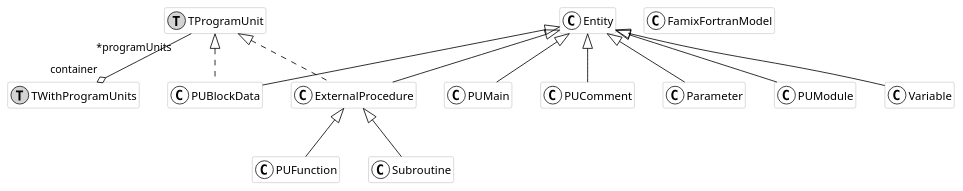
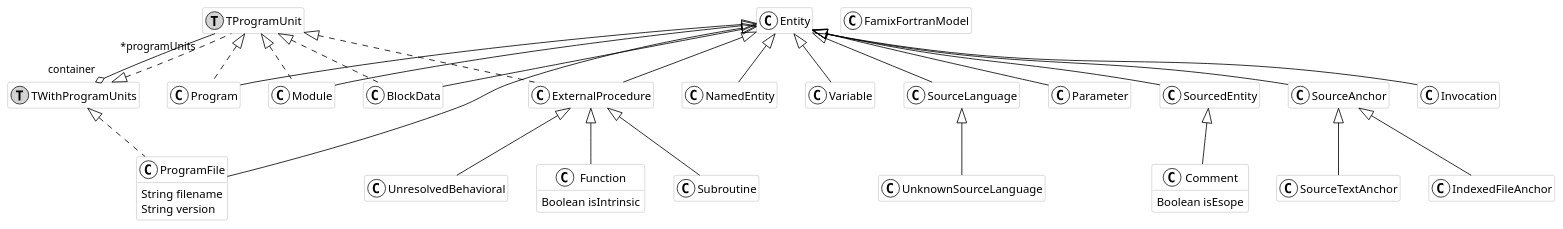
The diagram in src/famixMetamodelUML.puml (uNouss/FamixFortranUML), drawn with PlantUML before and after one commit.

```diff
--- a/src/famixMetamodelUML.puml
+++ b/src/famixMetamodelUML.puml
@@ -1,55 +1,92 @@
 @startuml
 hide empty members
-
 skinparam class {
   BackgroundColor white
   ArrowColor black
   BorderColor darkGray
   BackgroundColor<<External>> LightYellow
   BorderColor<<External>> LightGray
 }
 
-class PUComment << (C,white) >> #FFFFFF {
-}
-class FamixFortranModel << (C,white) >> #FFFFFF {
-}
-class PUFunction << (C,white) >> #FFFFFF {
+class Program << (C,white) >> #FFFFFF {
 }
 class TWithProgramUnits << (T,lightGrey) >> #FFFFFF {
 }
+class UnknownSourceLanguage << (C,white) >> #FFFFFF {
+}
+class Function << (C,white) >> #FFFFFF {
+  Boolean isIntrinsic
+}
+class Invocation << (C,white) >> #FFFFFF {
+}
 class Subroutine << (C,white) >> #FFFFFF {
+}
+class ProgramFile << (C,white) >> #FFFFFF {
+  String filename
+  String version
+}
+class NamedEntity << (C,white) >> #FFFFFF {
+}
+class Module << (C,white) >> #FFFFFF {
+}
+class Variable << (C,white) >> #FFFFFF {
+}
+class BlockData << (C,white) >> #FFFFFF {
+}
+class UnresolvedBehavioral << (C,white) >> #FFFFFF {
+}
+class IndexedFileAnchor << (C,white) >> #FFFFFF {
+}
+class SourceLanguage << (C,white) >> #FFFFFF {
+}
+class ExternalProcedure << (C,white) >> #FFFFFF {
+}
+class SourcedEntity << (C,white) >> #FFFFFF {
+}
+class Comment << (C,white) >> #FFFFFF {
+  Boolean isEsope
 }
 class TProgramUnit << (T,lightGrey) >> #FFFFFF {
 }
 class Parameter << (C,white) >> #FFFFFF {
 }
-class PUBlockData << (C,white) >> #FFFFFF {
-}
-class PUModule << (C,white) >> #FFFFFF {
-}
-class Variable << (C,white) >> #FFFFFF {
-}
 class Entity << (C,white) >> #FFFFFF {
 }
-class ExternalProcedure << (C,white) >> #FFFFFF {
+class SourceAnchor << (C,white) >> #FFFFFF {
 }
-class PUMain << (C,white) >> #FFFFFF {
+class SourceTextAnchor << (C,white) >> #FFFFFF {
+}
+class FamixFortranModel << (C,white) >> #FFFFFF {
 }
 
-Entity <|-- PUComment
-ExternalProcedure <|-- PUFunction
+Entity <|-- Program
+TProgramUnit <|.. Program
+SourceLanguage <|-- UnknownSourceLanguage
+ExternalProcedure <|-- Function
+Entity <|-- Invocation
 ExternalProcedure <|-- Subroutine
-Entity <|-- Parameter
-Entity <|-- PUBlockData
-TProgramUnit <|.. PUBlockData
-Entity <|-- PUModule
+Entity <|-- ProgramFile
+TWithProgramUnits <|.. ProgramFile
+Entity <|-- NamedEntity
+Entity <|-- Module
+TProgramUnit <|.. Module
 Entity <|-- Variable
+Entity <|-- BlockData
+TProgramUnit <|.. BlockData
+ExternalProcedure <|-- UnresolvedBehavioral
+SourceAnchor <|-- IndexedFileAnchor
+Entity <|-- SourceLanguage
 Entity <|-- ExternalProcedure
 TProgramUnit <|.. ExternalProcedure
-Entity <|-- PUMain
+Entity <|-- SourcedEntity
+SourcedEntity <|-- Comment
+TWithProgramUnits <|.. TProgramUnit
+Entity <|-- Parameter
+Entity <|-- SourceAnchor
+SourceAnchor <|-- SourceTextAnchor
 
 TProgramUnit " *programUnits" --o "container" TWithProgramUnits
 
 
 
 @enduml
```
